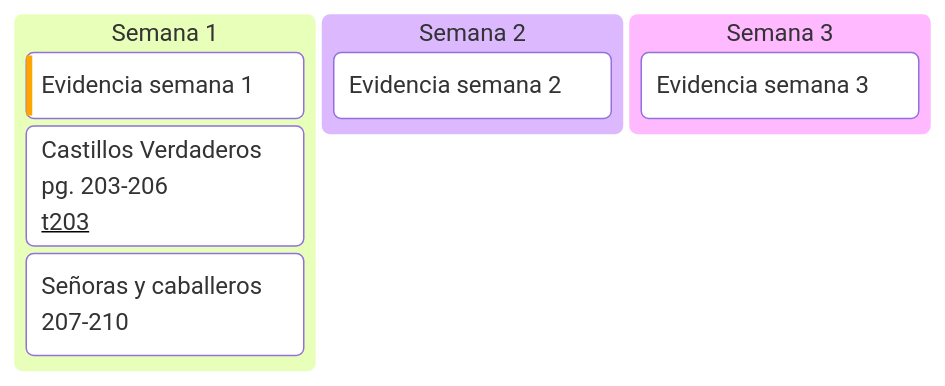
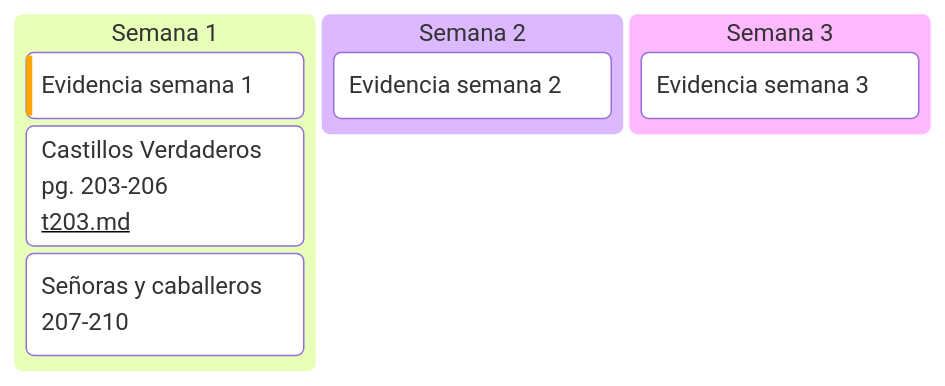
Before and after one commit to paco-ruvalcaba/mermaid_kanban: the diagram in prueba.mmd, drawn with Mermaid.

Commit message:
Agregó otra dirección de ticket

```diff
--- a/prueba.mmd
+++ b/prueba.mmd
@@ -1,14 +1,14 @@
 ---
 config:
   kanban:
-    ticketBaseUrl: 'https://github.com/paco-ruvalcaba/mermaid_kanban/#TICKET#'
+    ticketBaseUrl: 'https://github.com/paco-ruvalcaba/mermaid_kanban/blob/master/#TICKET#'
 ---
 kanban
   s1[Semana 1]
     ev1[Evidencia semana 1]@{ priority: 'High' }
-    hdm203[Castillos Verdaderos pg. 203-206]@{ ticket: t203}
+    hdm203[Castillos Verdaderos pg. 203-206]@{ ticket: t203.md}
     hdm207[Señoras y caballeros 207-210]
   s2[Semana 2]
     ev1[Evidencia semana 2]
   s3[Semana 3]
     ev1[Evidencia semana 3]
```
